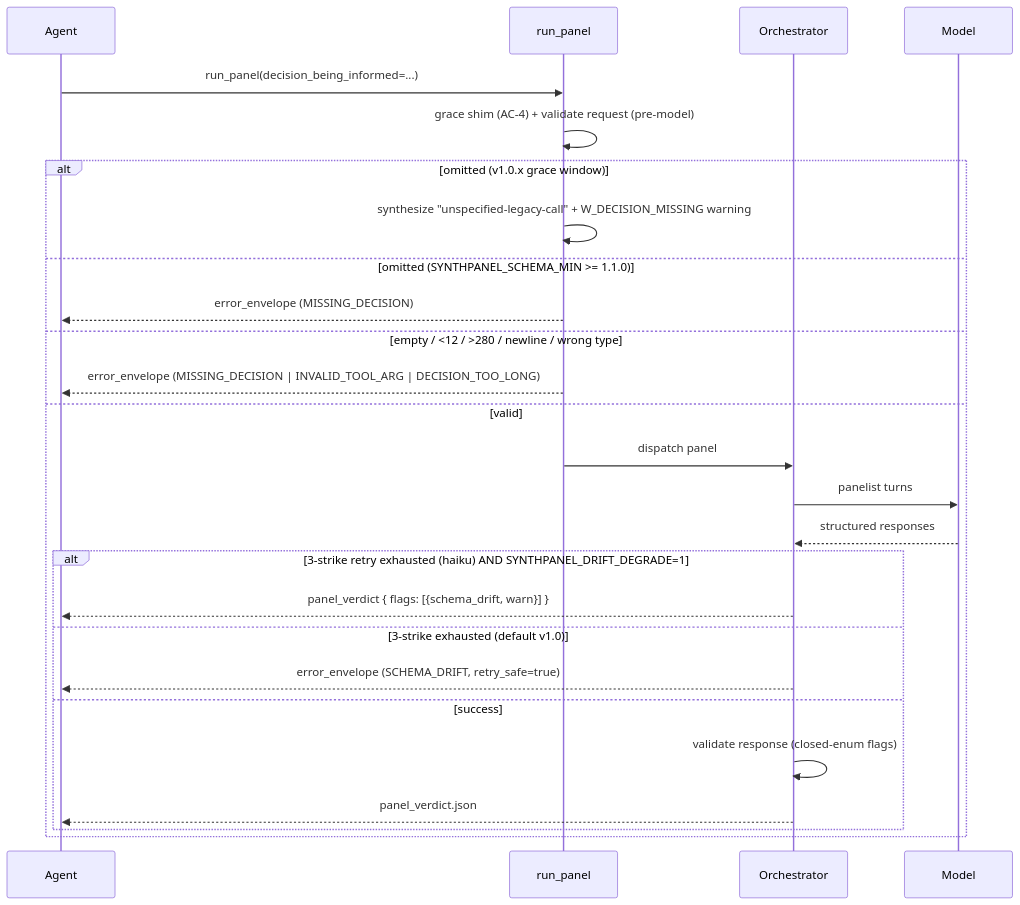
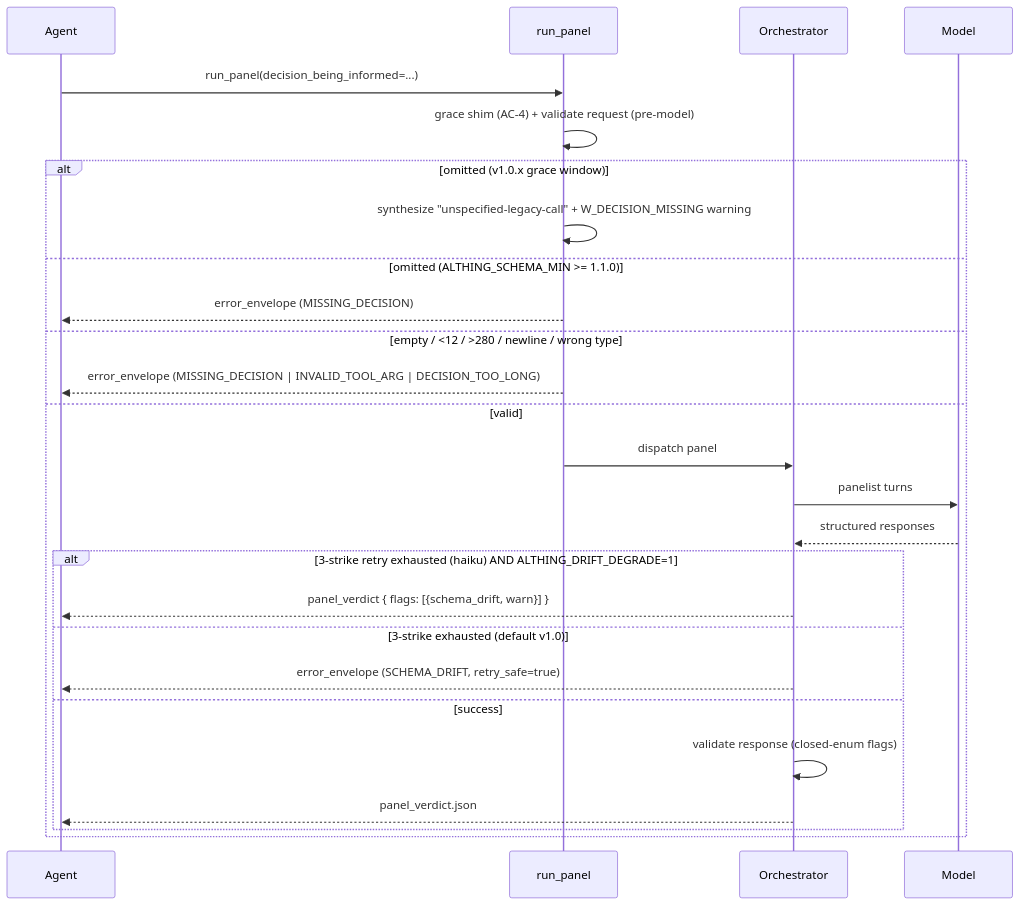
Before and after one commit to DataViking-Tech/SynthPanel: the diagram in docs/response-contract.md, drawn with Mermaid. The commit also changed other lines of this file and 565 other files, not shown here.

First line of the commit message:
Rename: synthpanel → althing (#587)

````diff
--- a/docs/response-contract.md
+++ b/docs/response-contract.md
@@ -13,29 +13,29 @@
 ```mermaid
 sequenceDiagram
     participant Agent
-    participant SynthPanel as run_panel
+    participant Althing as run_panel
     participant Orchestrator
     participant Model
 
-    Agent->>SynthPanel: run_panel(decision_being_informed=...)
-    SynthPanel->>SynthPanel: grace shim (AC-4) + validate request (pre-model)
+    Agent->>Althing: run_panel(decision_being_informed=...)
+    Althing->>Althing: grace shim (AC-4) + validate request (pre-model)
     alt omitted (v1.0.x grace window)
-        SynthPanel->>SynthPanel: synthesize "unspecified-legacy-call" + W_DECISION_MISSING warning
-    else omitted (SYNTHPANEL_SCHEMA_MIN >= 1.1.0)
-        SynthPanel-->>Agent: error_envelope (MISSING_DECISION)
+        Althing->>Althing: synthesize "unspecified-legacy-call" + W_DECISION_MISSING warning
+    else omitted (ALTHING_SCHEMA_MIN >= 1.1.0)
+        Althing-->>Agent: error_envelope (MISSING_DECISION)
     else empty / <12 / >280 / newline / wrong type
-        SynthPanel-->>Agent: error_envelope (MISSING_DECISION | INVALID_TOOL_ARG | DECISION_TOO_LONG)
+        Althing-->>Agent: error_envelope (MISSING_DECISION | INVALID_TOOL_ARG | DECISION_TOO_LONG)
     else valid
-        SynthPanel->>Orchestrator: dispatch panel
+        Althing->>Orchestrator: dispatch panel
         Orchestrator->>Model: panelist turns
         Model-->>Orchestrator: structured responses
-        alt 3-strike retry exhausted (haiku) AND SYNTHPANEL_DRIFT_DEGRADE=1
+        alt 3-strike retry exhausted (haiku) AND ALTHING_DRIFT_DEGRADE=1
             Orchestrator-->>Agent: panel_verdict { flags: [{schema_drift, warn}] }
         else 3-strike exhausted (default v1.0)
             Orchestrator-->>Agent: error_envelope (SCHEMA_DRIFT, retry_safe=true)
         else success
             Orchestrator->>Orchestrator: validate response (closed-enum flags)
             Orchestrator-->>Agent: panel_verdict.json
         end
     end
 ```
````
